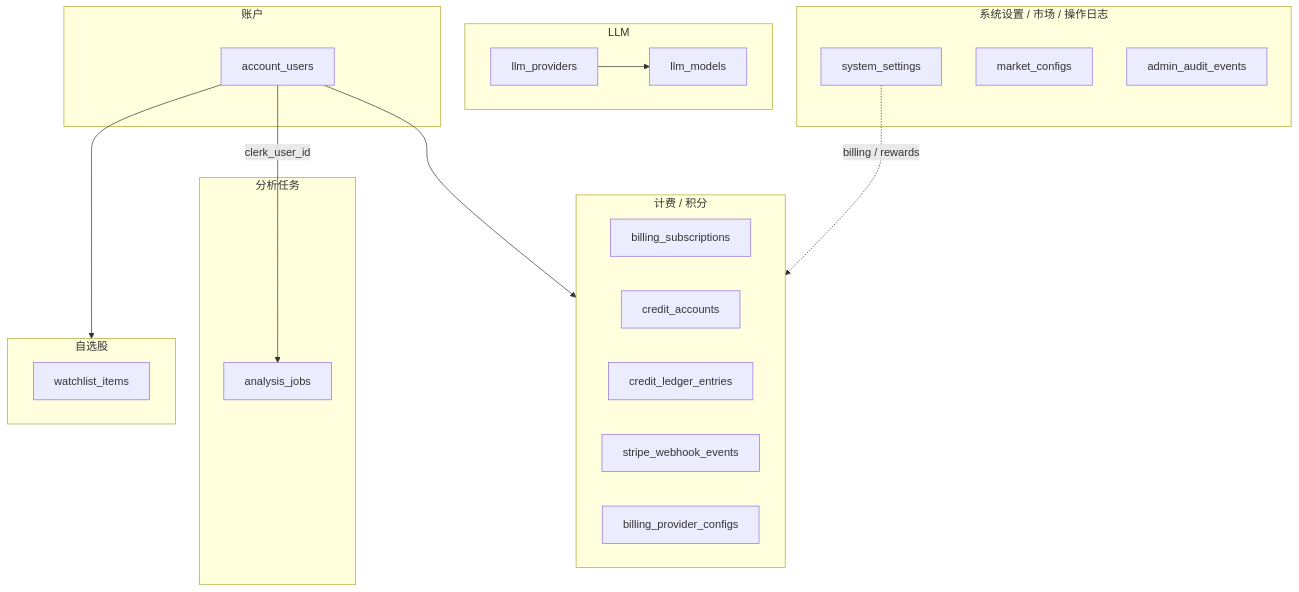
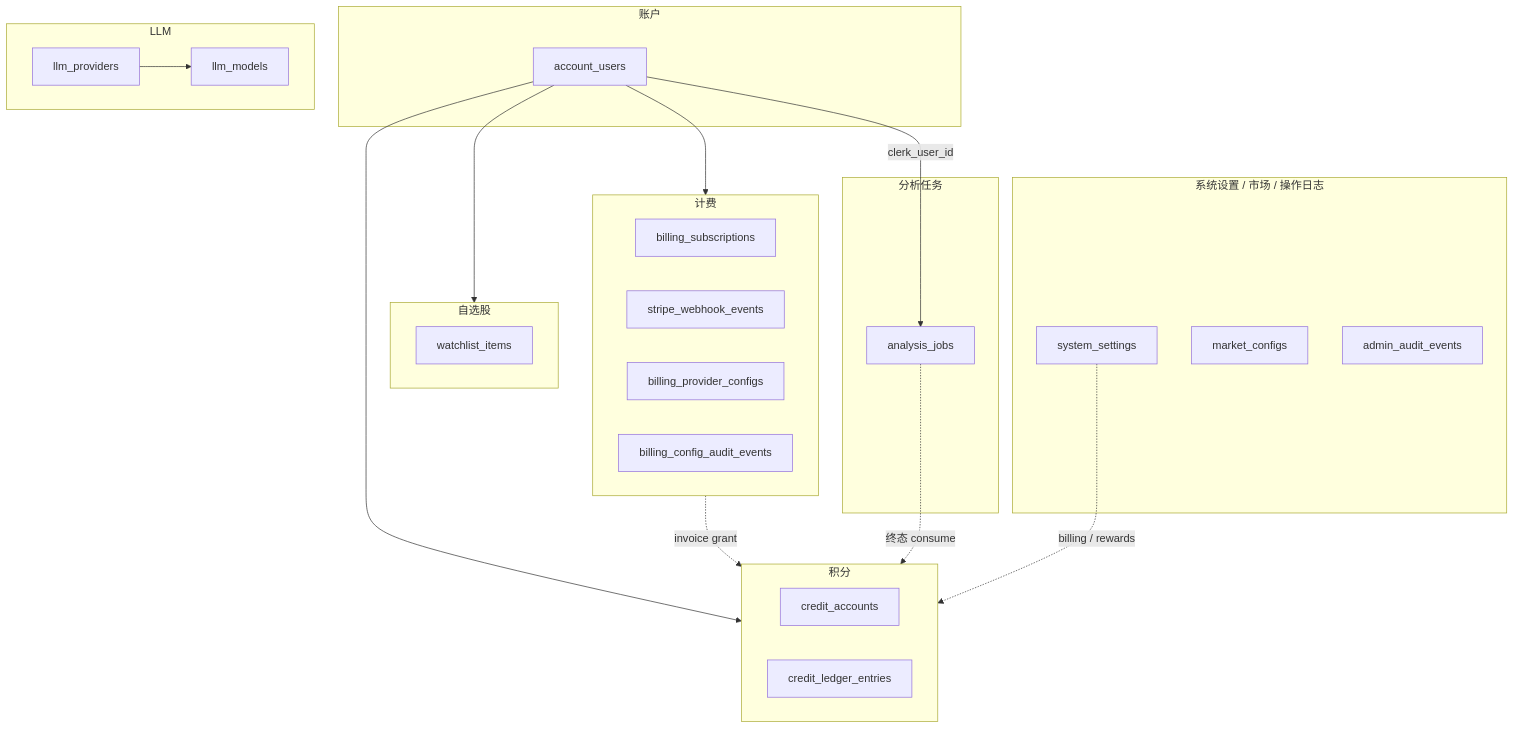
One commit to hypier/tradingagents-report changed the ninth of 9 diagrams in tg-web/docs/DATABASE_DICTIONARY.md. Above: the diagram before and after it, drawn with Mermaid. The commit also changed other lines of this file and 5 other files, not shown here.

````diff
--- a/tg-web/docs/DATABASE_DICTIONARY.md
+++ b/tg-web/docs/DATABASE_DICTIONARY.md
@@ -288,39 +301,46 @@
 ```mermaid
 flowchart TB
     subgraph Account["账户"]
         PU[account_users]
     end
 
-    subgraph Billing["计费 / 积分"]
+    subgraph Billing["计费"]
         BS[billing_subscriptions]
+        SWE[stripe_webhook_events]
+        BPC[billing_provider_configs]
+        BCA[billing_config_audit_events]
+    end
+
+    subgraph Credits["积分"]
         CA[credit_accounts]
         CL[credit_ledger_entries]
-        SWE[stripe_webhook_events]
-        BPC[billing_provider_configs]
     end
 
     subgraph Analysis["分析任务"]
         AJ[analysis_jobs]
     end
 
     subgraph LLM["LLM"]
         LP[llm_providers]
         LM[llm_models]
     end
 
     subgraph Watchlist["自选股"]
         WI[watchlist_items]
     end
 
     subgraph Config["系统设置 / 市场 / 操作日志"]
         PS[system_settings]
         MM[market_configs]
         AAE[admin_audit_events]
     end
 
     PU --> Billing
+    PU --> Credits
     PU --> Watchlist
     PU -->|clerk_user_id| AJ
-    PS -.->|billing / rewards| Billing
+    Billing -.->|invoice grant| Credits
+    AJ -.->|终态 consume| Credits
+    PS -.->|billing / rewards| Credits
     LP --> LM
 ```
````
